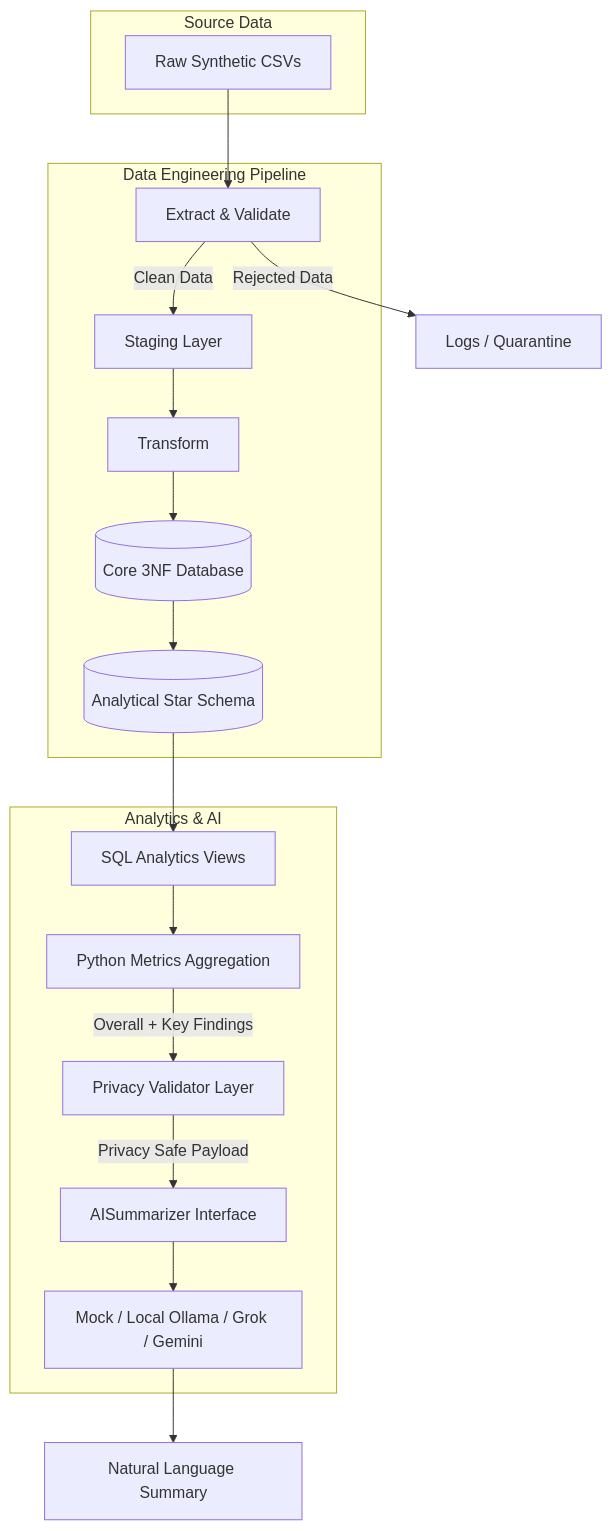
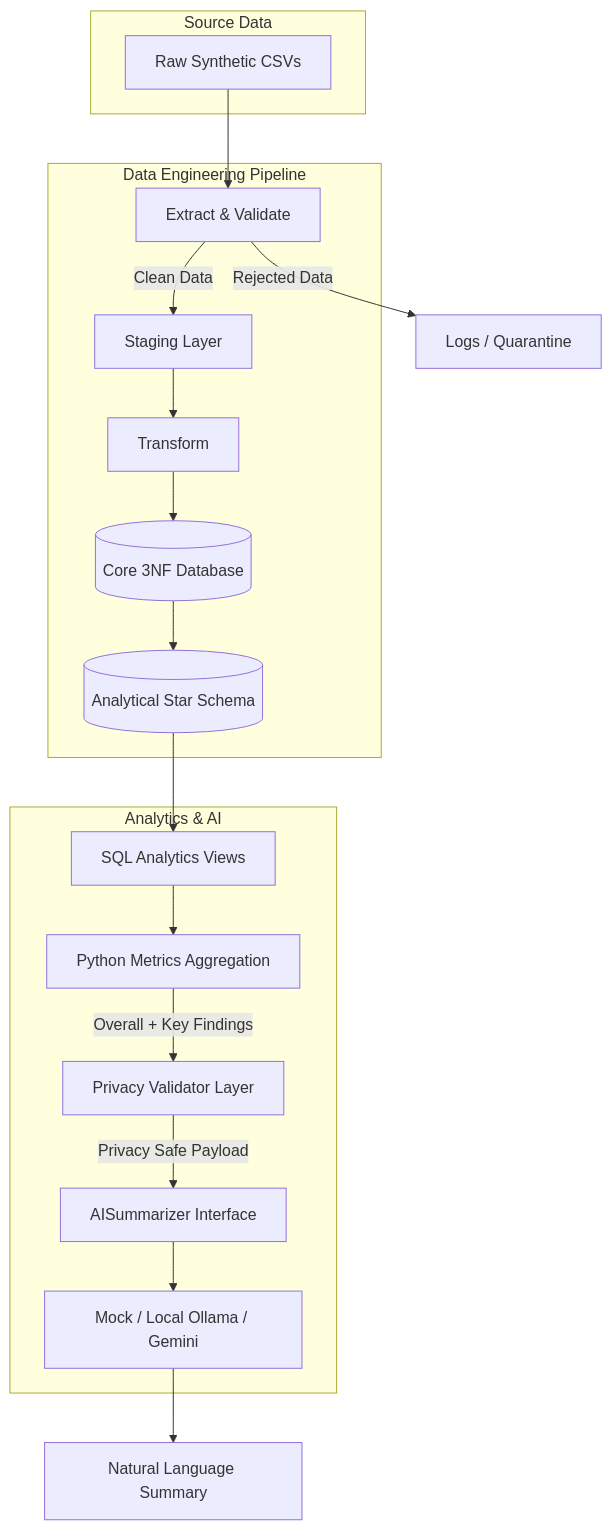
The first of 2 diagrams in README.md (RavikantBedi/Healthcare-Appointment-Mart), drawn with Mermaid before and after one commit. The commit also changed 7 other files, not shown here.

````diff
--- a/README.md
+++ b/README.md
@@ -24,35 +24,35 @@
 ```mermaid
 flowchart TD
     subgraph Source Data
         A[Raw Synthetic CSVs]
     end
     
     subgraph Data Engineering Pipeline
         B[Extract & Validate]
         C[Staging Layer]
         D[Transform]
         E[(Core 3NF Database)]
         F[(Analytical Star Schema)]
     end
     
     subgraph Analytics & AI
         G[SQL Analytics Views]
         H[Python Metrics Aggregation]
         I[Privacy Validator Layer]
         J[AISummarizer Interface]
-        K[Mock / Local Ollama / Grok / Gemini]
+        K[Mock / Local Ollama / Gemini]
     end
     
     A --> B
     B -->|Clean Data| C
     B -->|Rejected Data| Quarantine[Logs / Quarantine]
     C --> D
     D --> E
     E --> F
     F --> G
     G --> H
     H -->|Overall + Key Findings| I
     I -->|Privacy Safe Payload| J
     J --> K
     K --> L[Natural Language Summary]
 ```
````
